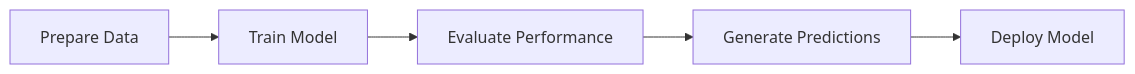
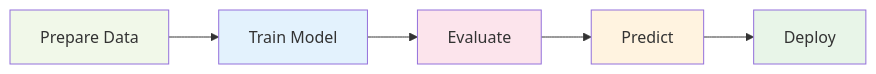
The third of 3 diagrams in docs/user-guide/overview.md (dagny099/citation-compass), drawn with Mermaid before and after one commit. The commit also changed other lines of this file and 3 other files, not shown here.

````diff
--- a/docs/user-guide/overview.md
+++ b/docs/user-guide/overview.md
@@ -147,7 +160,13 @@
 ```mermaid
 flowchart LR
     A[Prepare Data] --> B[Train Model]
-    B --> C[Evaluate Performance]
-    C --> D[Generate Predictions]
-    D --> E[Deploy Model]
+    B --> C[Evaluate]
+    C --> D[Predict]
+    D --> E[Deploy]
+
+    style A fill:#f1f8e9
+    style B fill:#e3f2fd
+    style C fill:#fce4ec
+    style D fill:#fff3e0
+    style E fill:#e8f5e8
 ```
````
